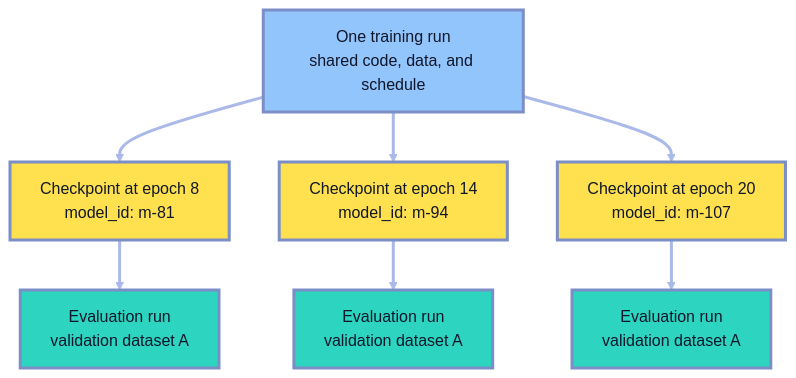
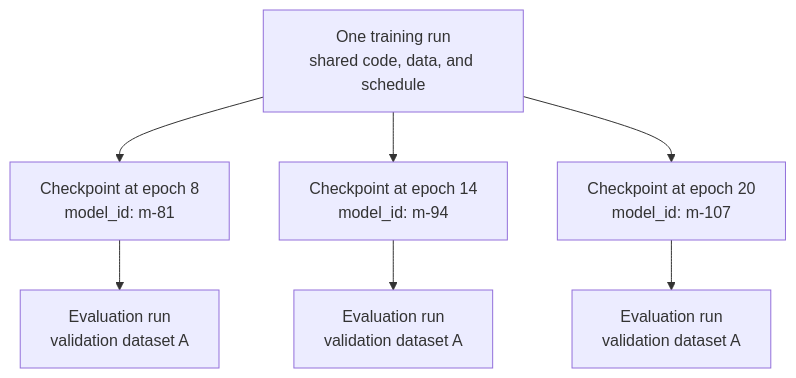
The third of 5 diagrams in roadmaps/mlops/modules/mlops-infrastructure/cloud-mlops-services/databricks-mlops/04-mlflow-3-experiments-logged-models-evaluation.md (senlinyy/dev-roadmaps), drawn with Mermaid before and after one commit. The commit also changed other lines of this file and 152 other files, not shown here.

Commit message:
feat: mlops and diagrams updated

````diff
--- a/roadmaps/mlops/modules/mlops-infrastructure/cloud-mlops-services/databricks-mlops/04-mlflow-3-experiments-logged-models-evaluation.md
+++ b/roadmaps/mlops/modules/mlops-infrastructure/cloud-mlops-services/databricks-mlops/04-mlflow-3-experiments-logged-models-evaluation.md
@@ -309,17 +304,13 @@
 ```mermaid
 flowchart TD
     A["One training run<br/>shared code, data, and schedule"] --> B["Checkpoint at epoch 8<br/>model_id: m-81"]
     A --> C["Checkpoint at epoch 14<br/>model_id: m-94"]
     A --> D["Checkpoint at epoch 20<br/>model_id: m-107"]
     B --> E["Evaluation run<br/>validation dataset A"]
     C --> F["Evaluation run<br/>validation dataset A"]
     D --> G["Evaluation run<br/>validation dataset A"]
 
-    classDef run fill:#93C5FD,stroke:#7C8EC6,stroke-width:3px,color:#0F172A
-    classDef model fill:#FFE04F,stroke:#7C8EC6,stroke-width:3px,color:#111827
-    classDef eval fill:#2DD4BF,stroke:#7C8EC6,stroke-width:3px,color:#0F172A
     class A run
     class B,C,D model
     class E,F,G eval
-    linkStyle default stroke:#AAB9E8,stroke-width:3px
 ```
````
